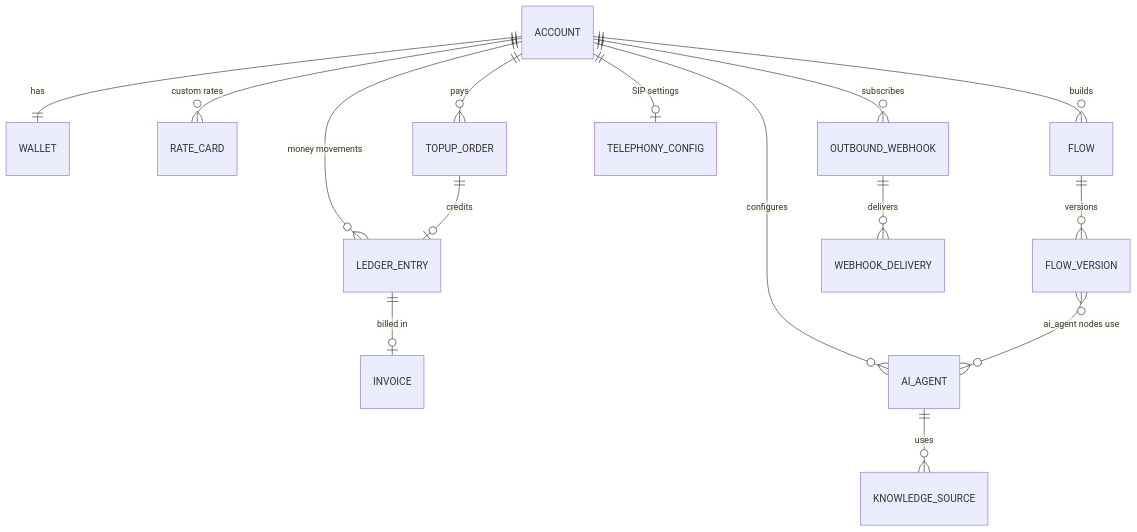
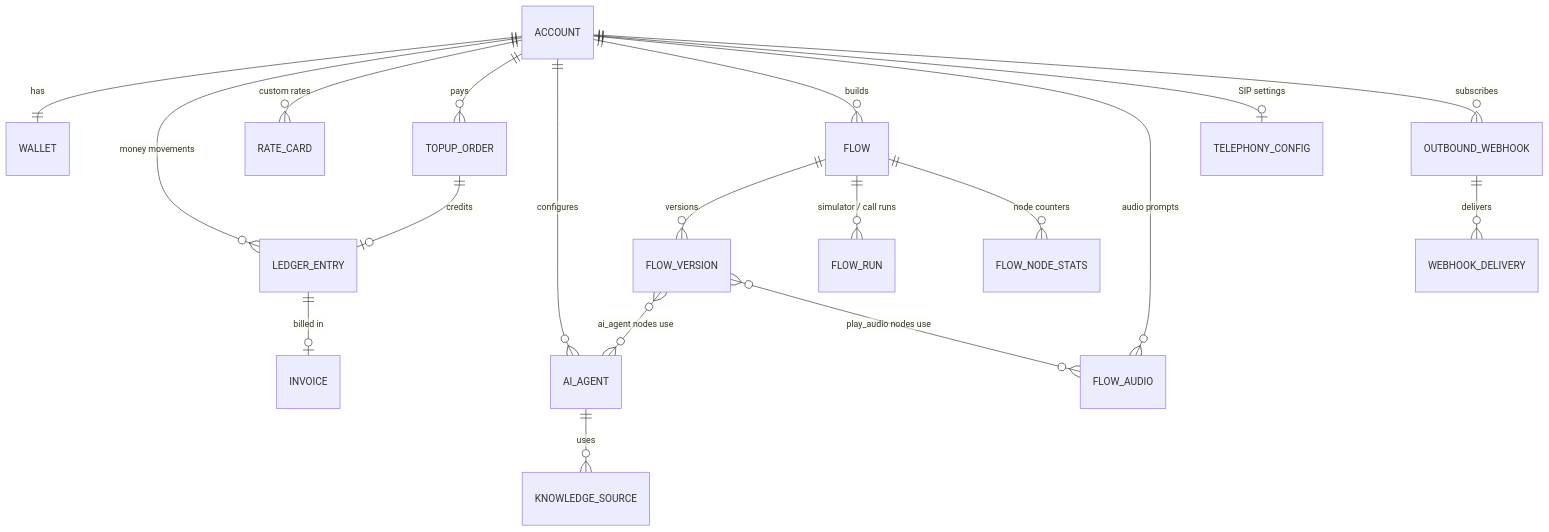
The third of 3 diagrams in docs/conventions/data-model.md (lalitbansal40/cell-ai-voicebot-backend), drawn with Mermaid before and after one commit. The commit also changed other lines of this file and 23 other files, not shown here.

First line of the commit message:
feat(flows): add flow, version, run, stats and audio models with flow catalogue [P6-T6.1]

````diff
--- a/docs/conventions/data-model.md
+++ b/docs/conventions/data-model.md
@@ -59,17 +59,21 @@
 ```mermaid
 erDiagram
     ACCOUNT ||--|| WALLET : has
     ACCOUNT ||--o{ LEDGER_ENTRY : "money movements"
     ACCOUNT ||--o{ RATE_CARD : "custom rates"
     ACCOUNT ||--o{ TOPUP_ORDER : pays
     TOPUP_ORDER ||--o| LEDGER_ENTRY : credits
     LEDGER_ENTRY ||--o| INVOICE : "billed in"
     ACCOUNT ||--o{ AI_AGENT : configures
     AI_AGENT ||--o{ KNOWLEDGE_SOURCE : uses
     ACCOUNT ||--o{ FLOW : builds
     FLOW ||--o{ FLOW_VERSION : versions
     FLOW_VERSION }o--o{ AI_AGENT : "ai_agent nodes use"
+    FLOW ||--o{ FLOW_RUN : "simulator / call runs"
+    FLOW ||--o{ FLOW_NODE_STATS : "node counters"
+    ACCOUNT ||--o{ FLOW_AUDIO : "audio prompts"
+    FLOW_VERSION }o--o{ FLOW_AUDIO : "play_audio nodes use"
     ACCOUNT ||--o| TELEPHONY_CONFIG : "SIP settings"
     ACCOUNT ||--o{ OUTBOUND_WEBHOOK : subscribes
     OUTBOUND_WEBHOOK ||--o{ WEBHOOK_DELIVERY : delivers
 ```
````
